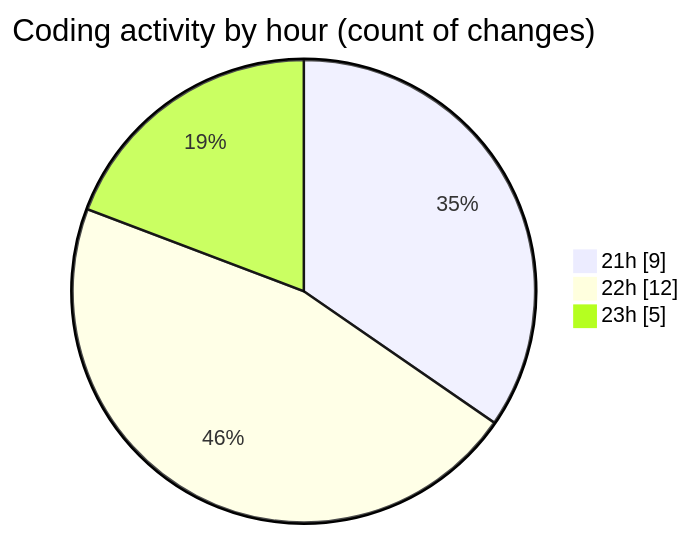
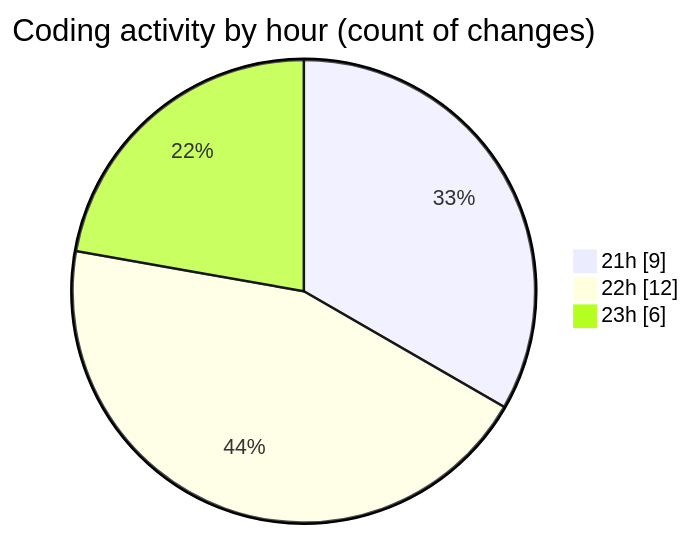
One commit to idhammustaqopulfikri/code-tracking changed the second of 2 diagrams in 2025-03-29/autodidak/README.md. Above: the diagram before and after it, drawn with Mermaid. The commit also changed other lines of this file and 1 other file, not shown here.

````diff
--- a/2025-03-29/autodidak/README.md
+++ b/2025-03-29/autodidak/README.md
@@ -34,7 +35,7 @@
 ```mermaid
 pie showData
 title Coding activity by hour (count of changes)
 "21h" : 9
 "22h" : 12
-"23h" : 5
+"23h" : 6
 ```
````
